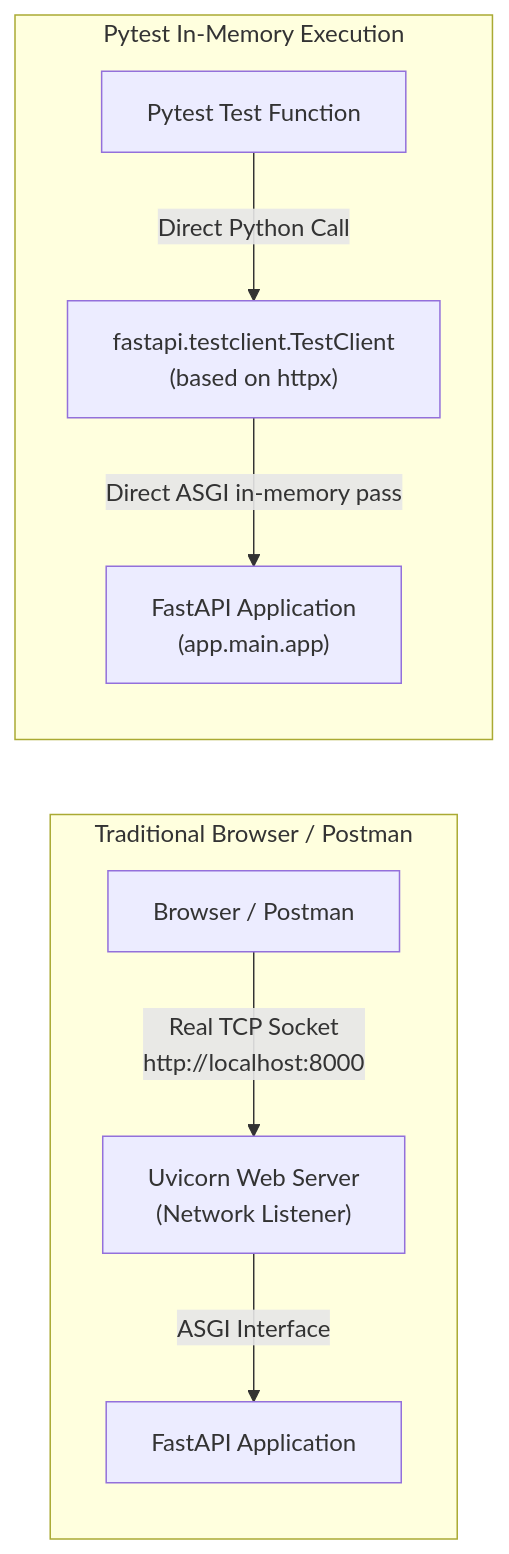
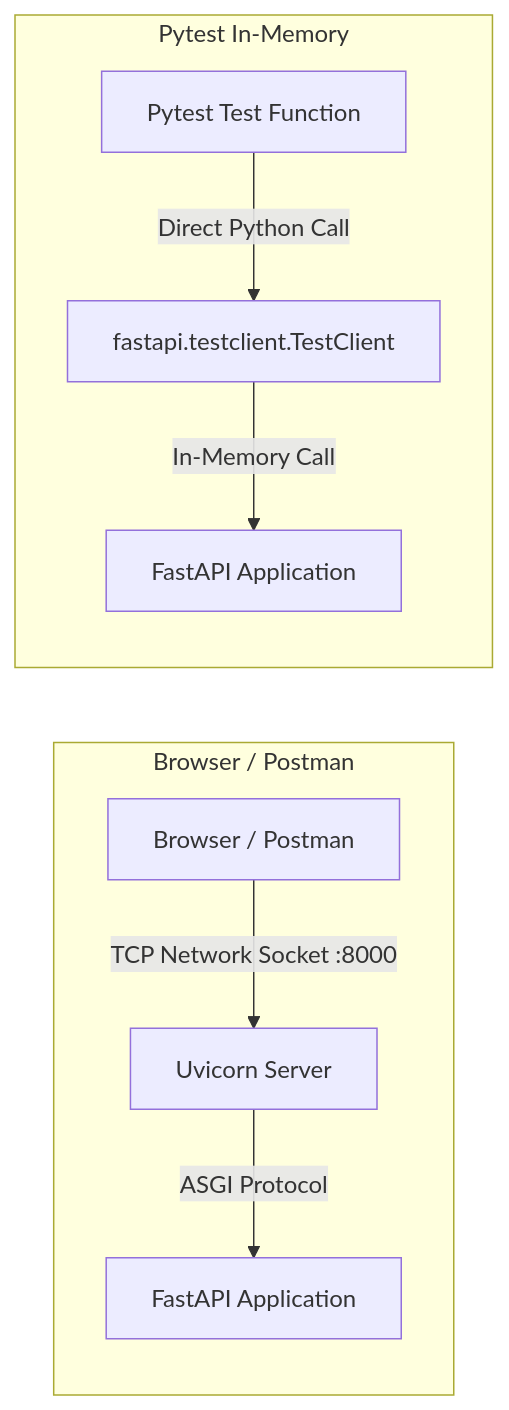
Before and after one commit to harish-AK/fastapi-authentican-methods: the third of 4 diagrams in Authentication app.md, drawn with Mermaid. The commit also changed other lines of this file, not shown here.

Commit message:
Authtentication-app.md updated

````diff
--- a/Authentication app.md
+++ b/Authentication app.md
@@ -1867,12 +452,12 @@
 ```mermaid
 flowchart LR
-    subgraph Traditional Browser / Postman
-        Browser["Browser / Postman"] -->|Real TCP Socket<br>http://localhost:8000| Uvicorn["Uvicorn Web Server<br>(Network Listener)"]
-        Uvicorn -->|ASGI Interface| App1["FastAPI Application"]
+    subgraph Browser / Postman
+        Client1["Browser / Postman"] -->|TCP Network Socket :8000| Server["Uvicorn Server"]
+        Server -->|ASGI Protocol| App1["FastAPI Application"]
     end
 
-    subgraph Pytest In-Memory Execution
-        Test["Pytest Test Function"] -->|Direct Python Call| TestClient["fastapi.testclient.TestClient<br>(based on httpx)"]
-        TestClient -->|Direct ASGI in-memory pass| App2["FastAPI Application<br>(app.main.app)"]
+    subgraph Pytest In-Memory
+        PytestRunner["Pytest Test Function"] -->|Direct Python Call| TestClient["fastapi.testclient.TestClient"]
+        TestClient -->|In-Memory Call| App2["FastAPI Application"]
     end
 ```
````
